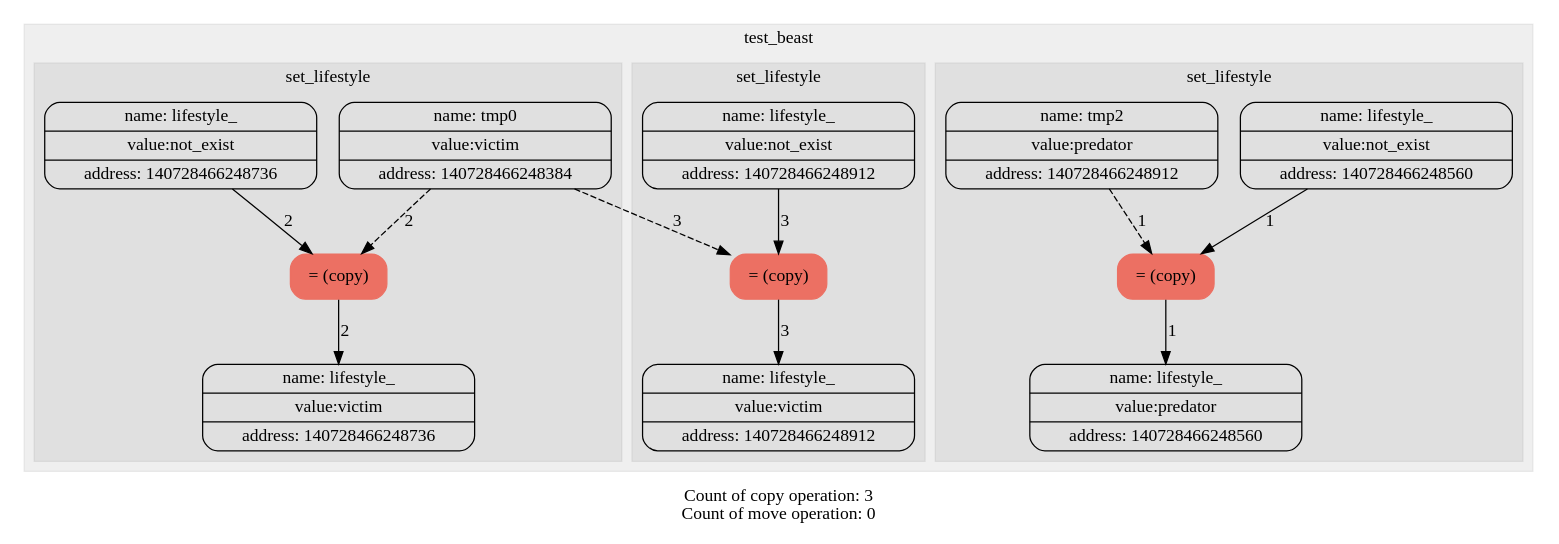
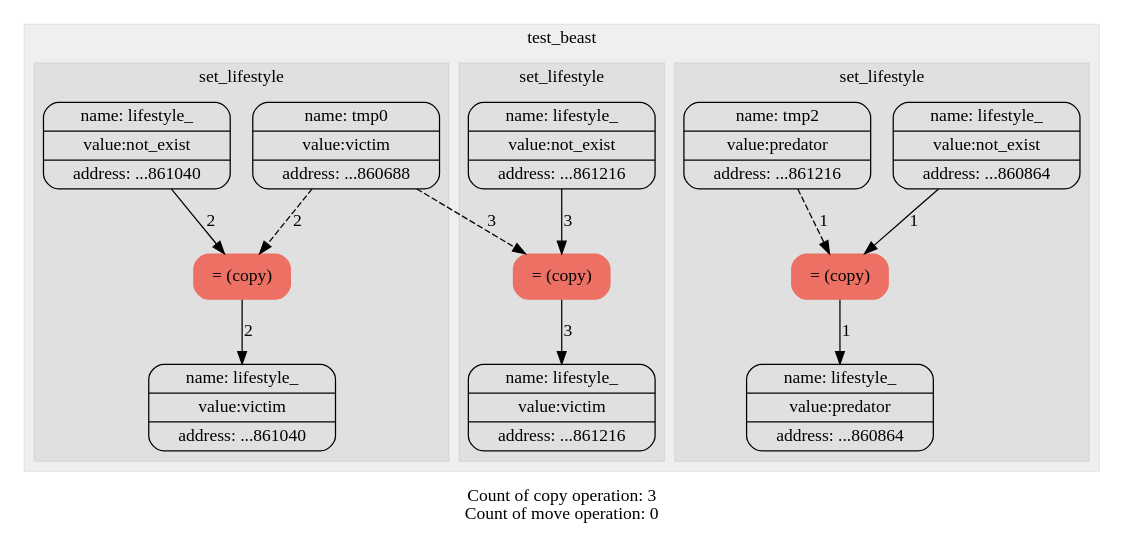
The diagram in experiments/forward_vs_move/dot/graph_beast.dot (levasemin/Move_Semantic), drawn with Graphviz before and after one commit. The commit also changed 50 other files, not shown here.

```diff
--- a/experiments/forward_vs_move/dot/graph_beast.dot
+++ b/experiments/forward_vs_move/dot/graph_beast.dot
@@ -1,49 +1,49 @@
 digraph G{
 trankdir=HR;
 node[shape=Mrecord];
 
 subgraph "cluster_0" {
 label = test_beast;
 style = filled
 color = "#00000010";
-1[label="{ {name: tmp0} | {value:victim} | {address: 140728466248384}} " color=""style=""fontcolor=""];
-2[label="{ {name: tmp1} | {value:not_exist} | {address: 140728466248560}} " color=""style=""fontcolor=""];
-2[label="{ {name: lifestyle_} | {value:not_exist} | {address: 140728466248560}} " color=""style=""fontcolor=""];
-3[label="{ {name: tmp2} | {value:predator} | {address: 140728466248912}} " color=""style=""fontcolor=""];
+1[label="{ {name: tmp0} | {value:victim} | {address: ...860688}} " color=""style=""fontcolor=""];
+2[label="{ {name: tmp1} | {value:not_exist} | {address: ...860864}} " color=""style=""fontcolor=""];
+2[label="{ {name: lifestyle_} | {value:not_exist} | {address: ...860864}} " color=""style=""fontcolor=""];
+3[label="{ {name: tmp2} | {value:predator} | {address: ...861216}} " color=""style=""fontcolor=""];
 subgraph "cluster_1" {
 label = set_lifestyle;
 style = filled
 color = "#00000010";
 4[label = "= (copy)" color = "#EC7063" style = "filled" fontcolor = "" ];
 edge[style = "" color = ""label = "1"fontcolor = ""]2->4;
 edge[style = "dashed" color = ""label = "1"fontcolor = ""]3->4;
-5[label="{ {name: lifestyle_} | {value:predator} | {address: 140728466248560}} " color=""style=""fontcolor=""];
+5[label="{ {name: lifestyle_} | {value:predator} | {address: ...860864}} " color=""style=""fontcolor=""];
 edge[style = "" color = ""label = "1"fontcolor = ""]4->5;
 }
-6[label="{ {name: tmp3} | {value:not_exist} | {address: 140728466248736}} " color=""style=""fontcolor=""];
-6[label="{ {name: lifestyle_} | {value:not_exist} | {address: 140728466248736}} " color=""style=""fontcolor=""];
+6[label="{ {name: tmp3} | {value:not_exist} | {address: ...861040}} " color=""style=""fontcolor=""];
+6[label="{ {name: lifestyle_} | {value:not_exist} | {address: ...861040}} " color=""style=""fontcolor=""];
 subgraph "cluster_2" {
 label = set_lifestyle;
 style = filled
 color = "#00000010";
 7[label = "= (copy)" color = "#EC7063" style = "filled" fontcolor = "" ];
 edge[style = "" color = ""label = "2"fontcolor = ""]6->7;
 edge[style = "dashed" color = ""label = "2"fontcolor = ""]1->7;
-8[label="{ {name: lifestyle_} | {value:victim} | {address: 140728466248736}} " color=""style=""fontcolor=""];
+8[label="{ {name: lifestyle_} | {value:victim} | {address: ...861040}} " color=""style=""fontcolor=""];
 edge[style = "" color = ""label = "2"fontcolor = ""]7->8;
 }
-9[label="{ {name: tmp4} | {value:not_exist} | {address: 140728466248912}} " color=""style=""fontcolor=""];
-9[label="{ {name: lifestyle_} | {value:not_exist} | {address: 140728466248912}} " color=""style=""fontcolor=""];
+9[label="{ {name: tmp4} | {value:not_exist} | {address: ...861216}} " color=""style=""fontcolor=""];
+9[label="{ {name: lifestyle_} | {value:not_exist} | {address: ...861216}} " color=""style=""fontcolor=""];
 subgraph "cluster_3" {
 label = set_lifestyle;
 style = filled
 color = "#00000010";
 10[label = "= (copy)" color = "#EC7063" style = "filled" fontcolor = "" ];
 edge[style = "" color = ""label = "3"fontcolor = ""]9->10;
 edge[style = "dashed" color = ""label = "3"fontcolor = ""]1->10;
-11[label="{ {name: lifestyle_} | {value:victim} | {address: 140728466248912}} " color=""style=""fontcolor=""];
+11[label="{ {name: lifestyle_} | {value:victim} | {address: ...861216}} " color=""style=""fontcolor=""];
 edge[style = "" color = ""label = "3"fontcolor = ""]10->11;
 }
 }
 label="Count of copy operation: 3
 Count of move operation: 0"}
```
